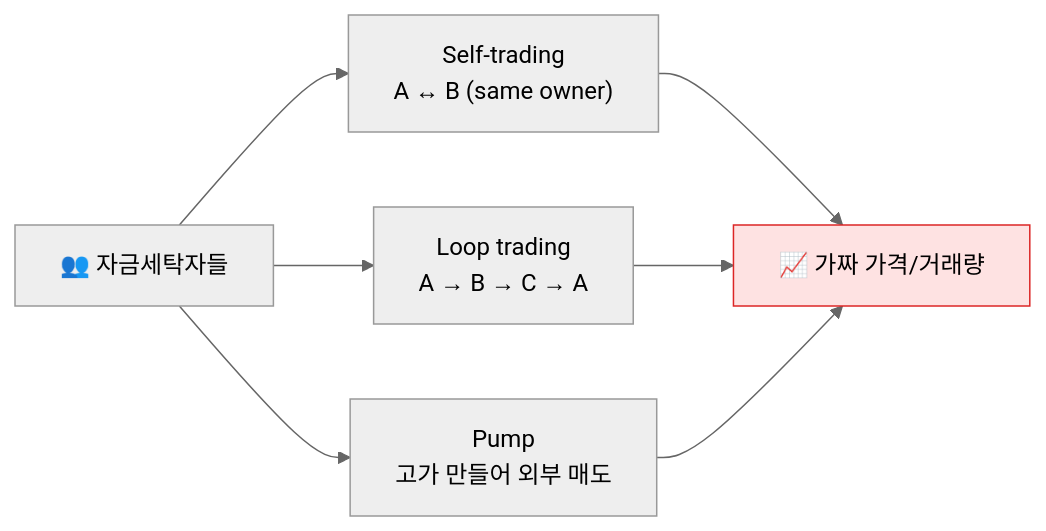
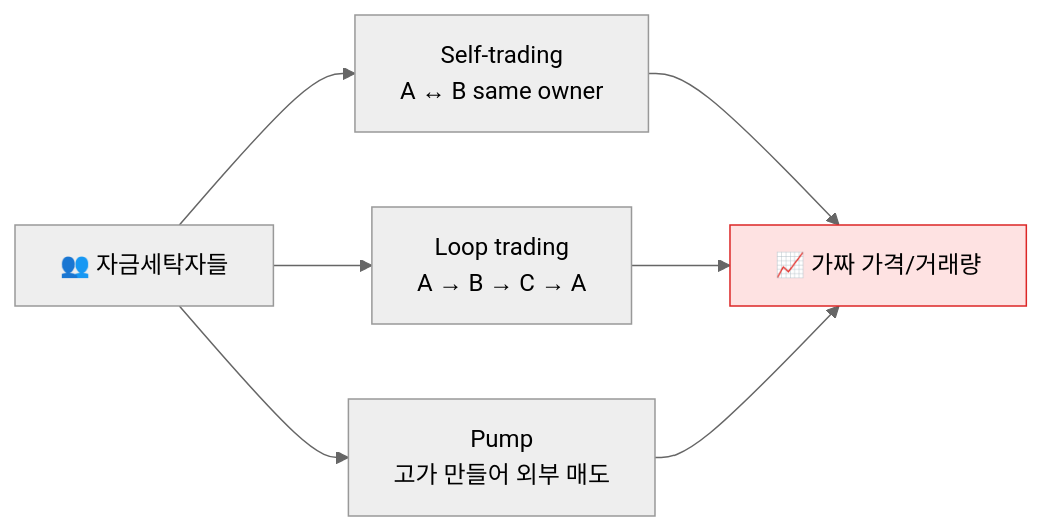
The first of 2 diagrams in curriculum/day_40.md (lala-david/aml-notes), drawn with Mermaid (neutral theme) before and after one commit. The commit also changed other lines of this file and 233 other files, not shown here.

````diff
--- a/curriculum/day_40.md
+++ b/curriculum/day_40.md
@@ -13,8 +13,8 @@
 ```mermaid
 flowchart LR
-    W["👥 자금세탁자들"] --> S["Self-trading<br/>A ↔ B (same owner)"]
+    W["👥 자금세탁자들"] --> S["Self-trading<br/>A ↔ B same owner"]
     W --> L["Loop trading<br/>A → B → C → A"]
     W --> P["Pump<br/>고가 만들어 외부 매도"]
     S & L & P --> G["📈 가짜 가격/거래량"]
     style G fill:#fee2e2,stroke:#dc2626
 ```
````
